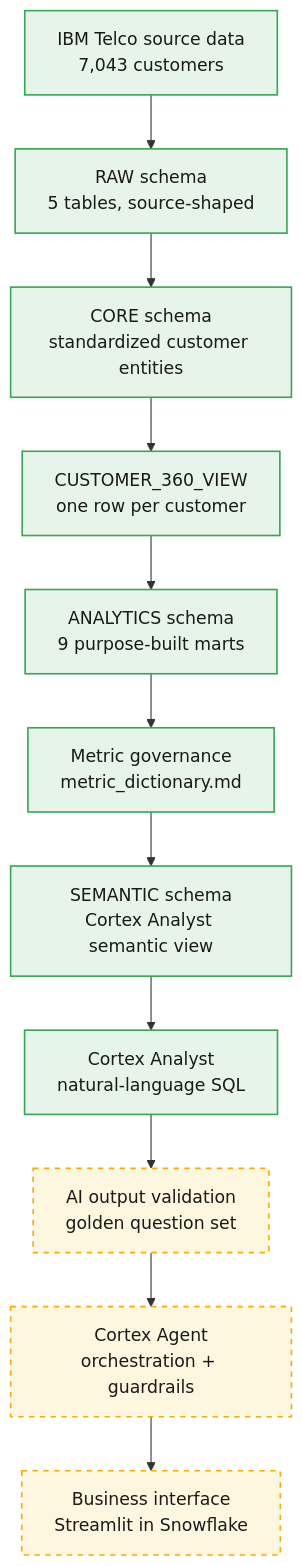
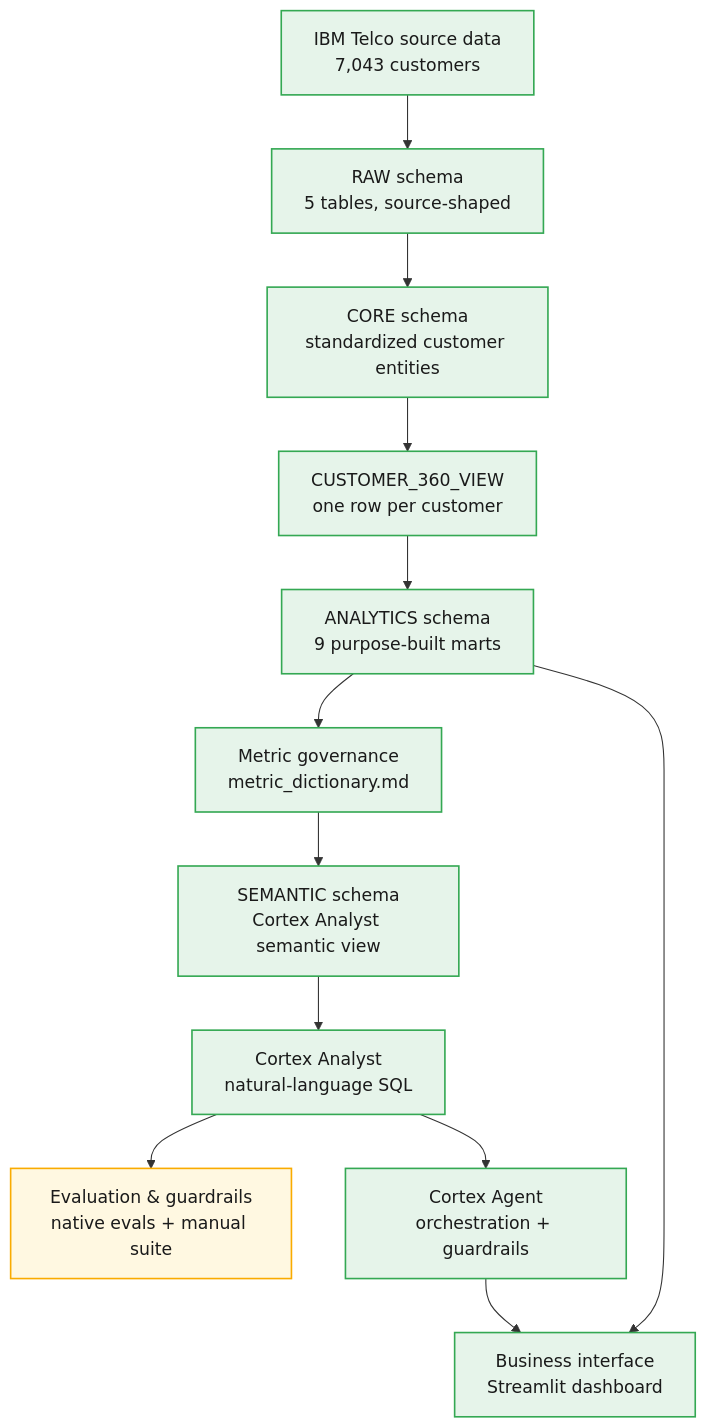
The diagram in README.md (JuanjoChiarellaR/customer-intelligence-analytics-platform), drawn with Mermaid before and after one commit. The commit also changed other lines of this file and 13 other files, not shown here.

Commit message:
feat: complete governed customer intelligence v1 with Cortex Agent and Streamlit dashboard

````diff
--- a/README.md
+++ b/README.md
@@ -84,16 +84,17 @@
 ```mermaid
 flowchart TD
     A["IBM Telco source data<br/>7,043 customers"]:::done --> B["RAW schema<br/>5 tables, source-shaped"]:::done
     B --> C["CORE schema<br/>standardized customer entities"]:::done
     C --> D["CUSTOMER_360_VIEW<br/>one row per customer"]:::done
     D --> E["ANALYTICS schema<br/>9 purpose-built marts"]:::done
     E --> F["Metric governance<br/>metric_dictionary.md"]:::done
     F --> G["SEMANTIC schema<br/>Cortex Analyst semantic view"]:::done
     G --> H["Cortex Analyst<br/>natural-language SQL"]:::done
-    H --> I["AI output validation<br/>golden question set"]:::planned
-    I --> J["Cortex Agent<br/>orchestration + guardrails"]:::planned
-    J --> K["Business interface<br/>Streamlit in Snowflake"]:::planned
+    H --> I["Evaluation & guardrails<br/>native evals + manual suite"]:::partial
+    H --> J["Cortex Agent<br/>orchestration + guardrails"]:::done
+    J --> K["Business interface<br/>Streamlit dashboard"]:::done
+    E --> K
 
     classDef done fill:#e6f4ea,stroke:#34a853,stroke-width:1.5px,color:#1a1a1a;
-    classDef planned fill:#fef7e0,stroke:#f9ab00,stroke-width:1.5px,stroke-dasharray:5 5,color:#1a1a1a;
+    classDef partial fill:#fff8e1,stroke:#f9ab00,stroke-width:1.5px,color:#1a1a1a;
 ```
````
